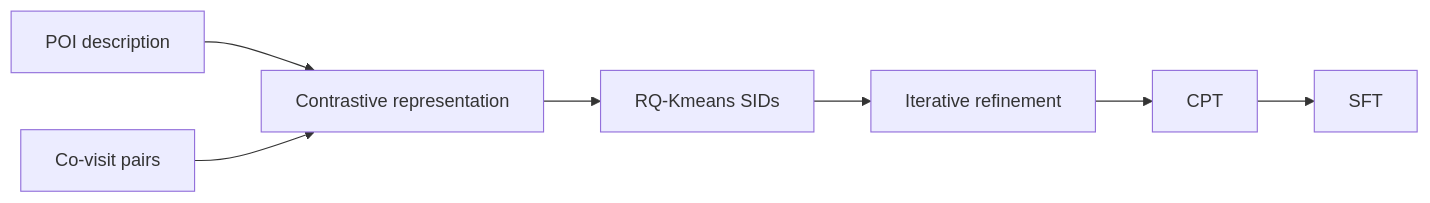
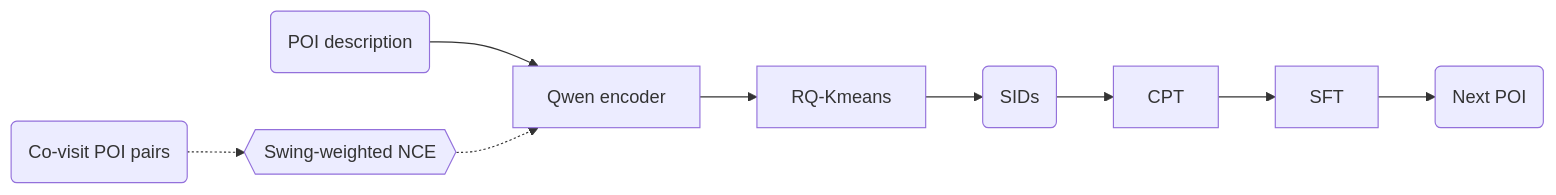
Before and after one commit to Galaxy-ghost/Awesome-SID-Generative-Rec: the first of 2 diagrams in notes/geogr.md, drawn with Mermaid. The commit also changed other lines of this file and 521 other files, not shown here.

Commit message:
writer-04 part 3: algorithm diagrams with shared shape conventions, README hero and paper cards, archive removed

````diff
--- a/notes/geogr.md
+++ b/notes/geogr.md
@@ -14,9 +14,11 @@
 ```mermaid
 flowchart LR
-    A[POI description] --> B[Contrastive representation]
-    C[Co-visit pairs] --> B
-    B --> D[RQ-Kmeans SIDs]
-    D --> E[Iterative refinement]
-    E --> F[CPT]
-    F --> G[SFT]
+    A("POI description") --> B["Qwen encoder"]
+    C("Co-visit POI pairs") -.-> L1{{"Swing-weighted NCE"}}
+    L1 -.-> B
+    B --> D["RQ-Kmeans"]
+    D --> E("SIDs")
+    E --> F["CPT"]
+    F --> G["SFT"]
+    G --> H("Next POI")
 ```
````
